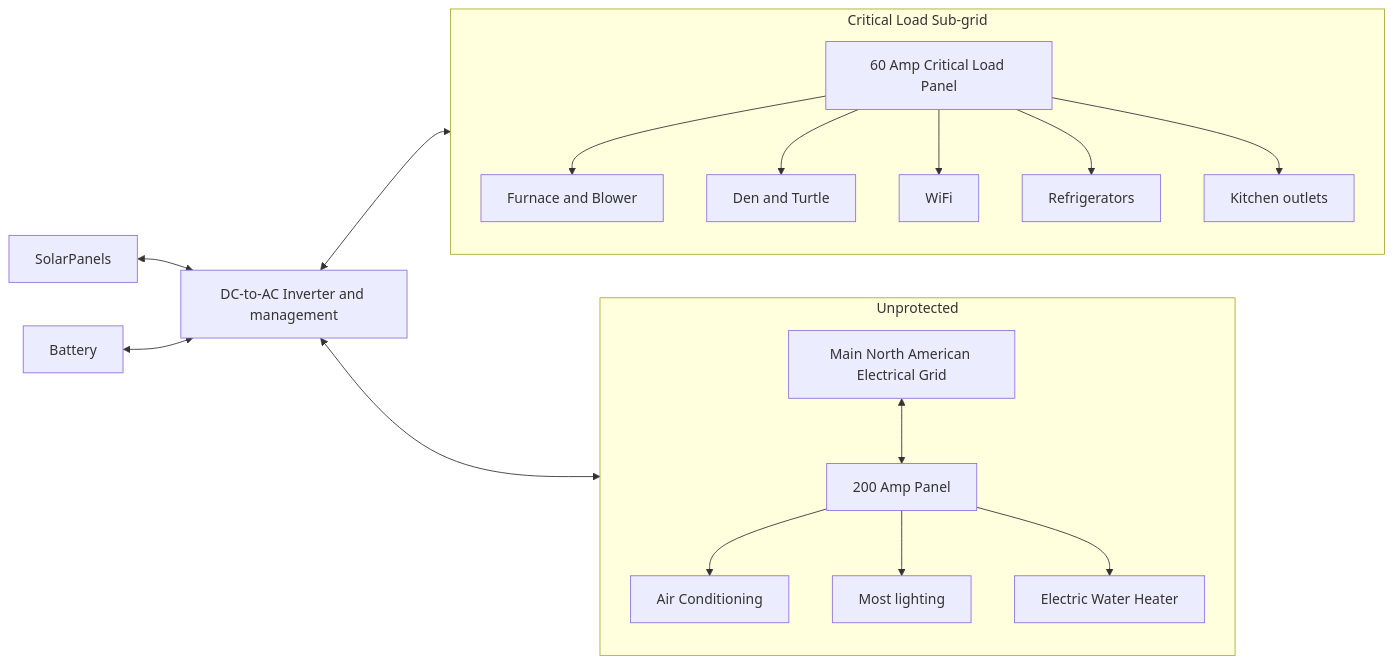
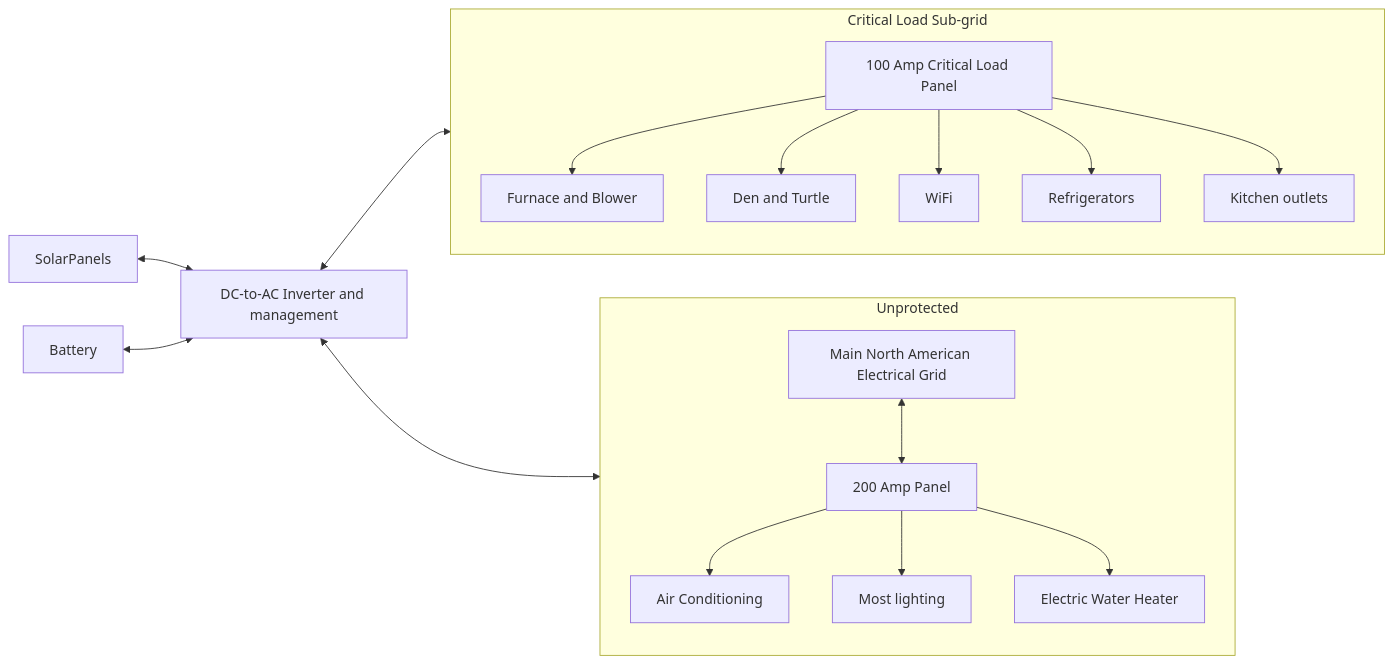
Before and after one commit to marshallflax/vision: the fifth of 7 diagrams in solar.md, drawn with Mermaid. The commit also changed other lines of this file, not shown here.

````diff
--- a/solar.md
+++ b/solar.md
@@ -120,22 +120,22 @@
 ```mermaid
 graph LR;
   direction LR;
   subgraph Unprotected
    direction TB
    Grid["Main North American Electrical Grid"]<-->Panel
    Panel["200 Amp Panel"]-->AC["Air Conditioning"]
    Panel-->Load2["Most lighting"]
    Panel-->Load3["Electric Water Heater"]
   end
   SolarPanels<-->Inverter["DC-to-AC Inverter and management"]<-->CriticalLoad
   Inverter<-->Unprotected
   Battery<-->Inverter
   subgraph CriticalLoad["Critical Load Sub-grid"]
    direction TB
-   SubPanel["60 Amp Critical Load Panel"]-->Furnace["Furnace and Blower"]
+   SubPanel["100 Amp Critical Load Panel"]-->Furnace["Furnace and Blower"]
    SubPanel-->Den["Den and Turtle"]
    SubPanel-->WiFi
    SubPanel-->Refrigerators
    SubPanel-->Kitchen["Kitchen outlets"]
   end
 ```
````
